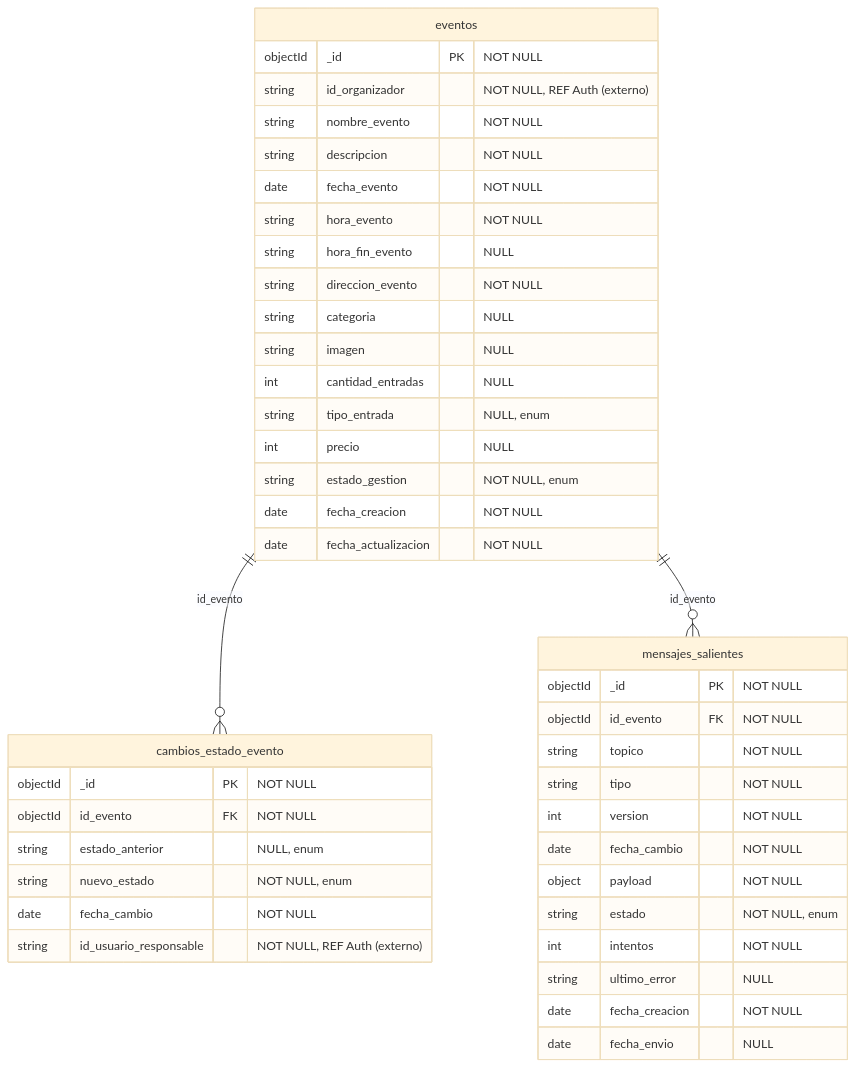
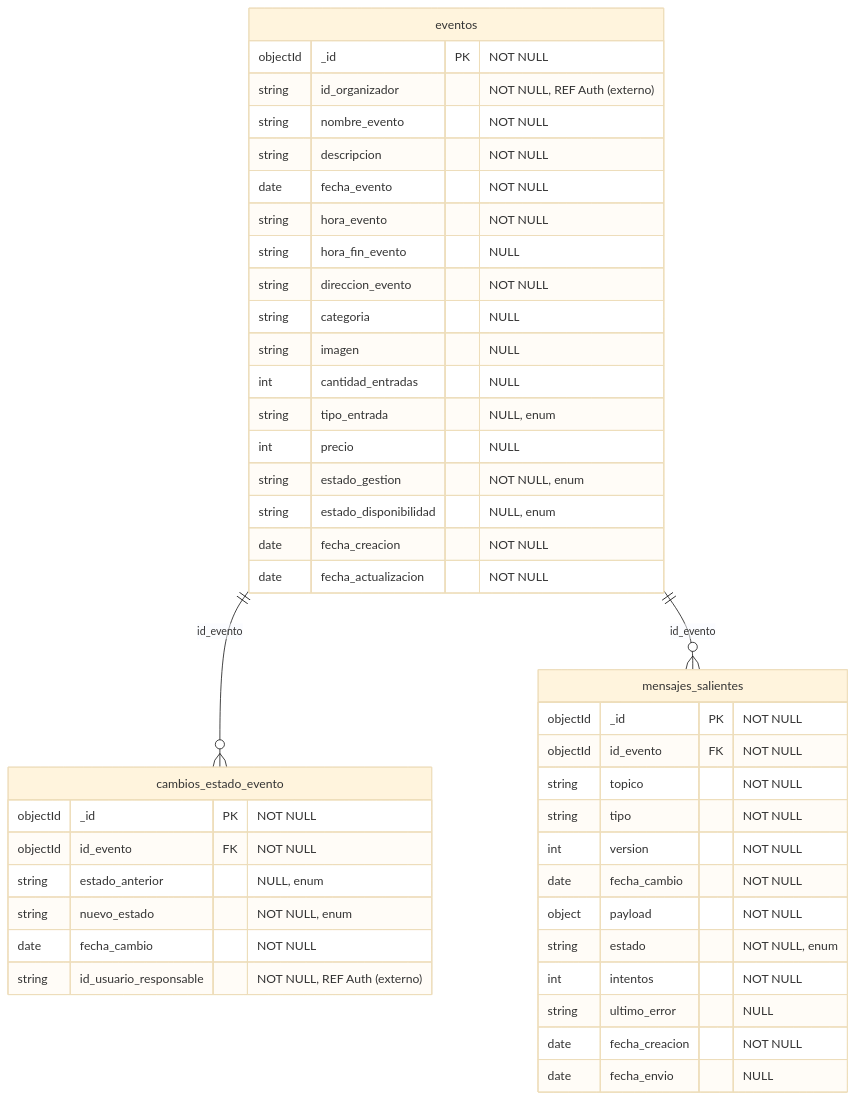
One commit to marybaxmann/Equipo-1---Panel-Organizador changed the diagram in docs/bd/README.md. Above: the diagram before and after it, drawn with Mermaid (base theme). The commit also changed other lines of this file and 61 other files, not shown here.

````diff
--- a/docs/bd/README.md
+++ b/docs/bd/README.md
@@ -7,45 +7,46 @@
 ```mermaid
 erDiagram
   eventos {
     objectId _id PK "NOT NULL"
     string id_organizador "NOT NULL, REF Auth (externo)"
     string nombre_evento "NOT NULL"
     string descripcion "NOT NULL"
     date fecha_evento "NOT NULL"
     string hora_evento "NOT NULL"
     string hora_fin_evento "NULL"
     string direccion_evento "NOT NULL"
     string categoria "NULL"
     string imagen "NULL"
     int cantidad_entradas "NULL"
     string tipo_entrada "NULL, enum"
     int precio "NULL"
     string estado_gestion "NOT NULL, enum"
+    string estado_disponibilidad "NULL, enum"
     date fecha_creacion "NOT NULL"
     date fecha_actualizacion "NOT NULL"
   }
   cambios_estado_evento {
     objectId _id PK "NOT NULL"
     objectId id_evento FK "NOT NULL"
     string estado_anterior "NULL, enum"
     string nuevo_estado "NOT NULL, enum"
     date fecha_cambio "NOT NULL"
     string id_usuario_responsable "NOT NULL, REF Auth (externo)"
   }
   mensajes_salientes {
     objectId _id PK "NOT NULL"
     objectId id_evento FK "NOT NULL"
     string topico "NOT NULL"
     string tipo "NOT NULL"
     int version "NOT NULL"
     date fecha_cambio "NOT NULL"
     object payload "NOT NULL"
     string estado "NOT NULL, enum"
     int intentos "NOT NULL"
     string ultimo_error "NULL"
     date fecha_creacion "NOT NULL"
     date fecha_envio "NULL"
   }
   eventos ||--o{ cambios_estado_evento : "id_evento"
   eventos ||--o{ mensajes_salientes : "id_evento"
 ```
````
